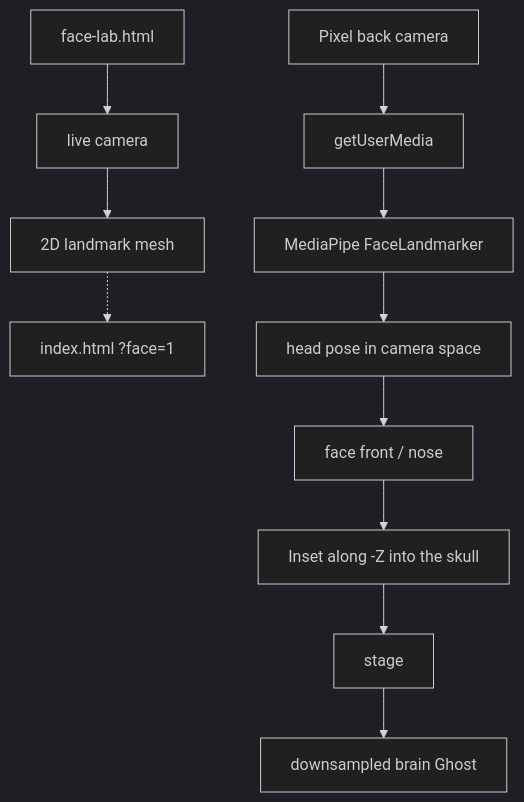
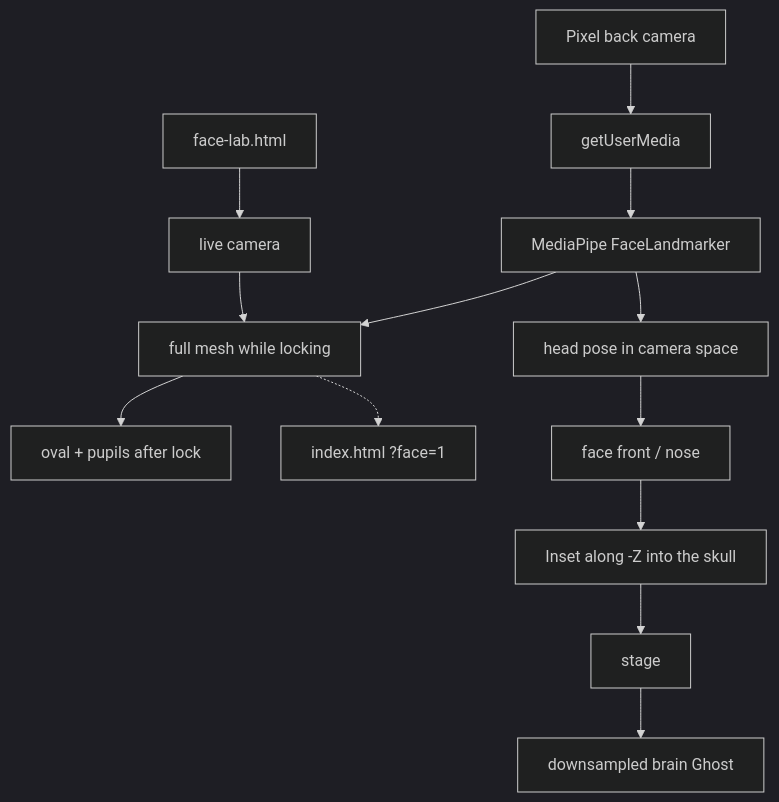
One commit to PiMaV/DONNER changed diagram 36 of 36 in architecture.md. Above: the diagram before and after it, drawn with Mermaid (dark theme). The commit also changed other lines of this file and 15 other files, not shown here.

Commit message:
Keep Face AR on the last locked pose with a cheap oval overlay so the phone does not run a second tracker.

````diff
--- a/architecture.md
+++ b/architecture.md
@@ -1336,18 +1353,21 @@
 ```mermaid
 flowchart TB
   lab[face-lab.html]
   video[live camera]
-  mesh[2D landmark mesh]
+  mesh[full mesh while locking]
+  guides[oval + pupils after lock]
   donner["index.html ?face=1"]
   phone[Pixel back camera]
   cam[getUserMedia]
   mp[MediaPipe FaceLandmarker]
   pose[head pose in camera space]
   front[face front / nose]
   inset[Inset along -Z into the skull]
   stage[stage]
   brain[downsampled brain Ghost]
   lab --> video --> mesh
   mesh -.-> donner
-  phone --> cam --> mp --> pose --> front --> inset --> stage --> brain
+  phone --> cam --> mp
+  mp --> pose --> front --> inset --> stage --> brain
+  mp --> mesh --> guides
 ```
````
